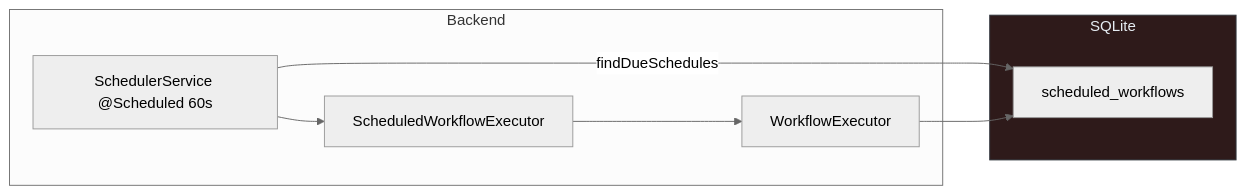
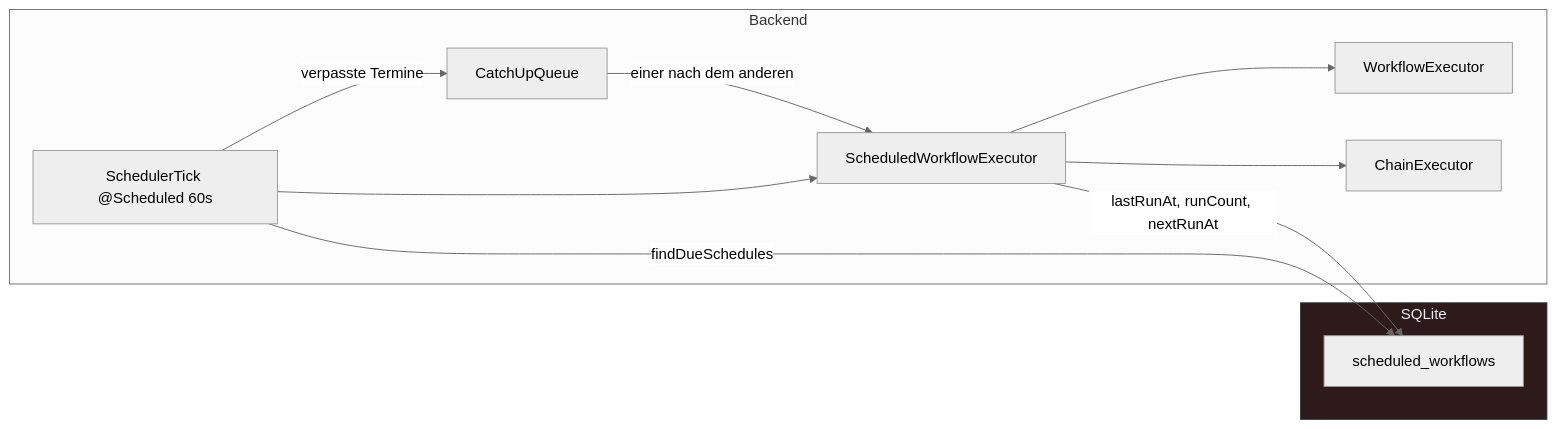
One commit to FLSEST/MySuricates changed the first of 3 diagrams in docs/scheduler-diagrams.md. Above: the diagram before and after it, drawn with Mermaid (neutral theme). The commit also changed other lines of this file and 5 other files, not shown here.

First line of the commit message:
docs(diagramme): Scheduler page describes SchedulerTick, DELAYED, conflict and catch-up

````diff
--- a/docs/scheduler-diagrams.md
+++ b/docs/scheduler-diagrams.md
@@ -9,17 +9,22 @@
 ```mermaid
 flowchart LR
     subgraph DB["SQLite"]
         SW["scheduled_workflows"]
     end
     subgraph Backend["Backend"]
-        SCH["SchedulerService @Scheduled 60s"]
+        SCH["SchedulerTick @Scheduled 60s"]
+        CQ["CatchUpQueue"]
         EXE["ScheduledWorkflowExecutor"]
         WE["WorkflowExecutor"]
+        CE["ChainExecutor"]
     end
     SCH -->|findDueSchedules| SW
     SCH --> EXE
+    SCH -->|"verpasste Termine"| CQ
+    CQ -->|"einer nach dem anderen"| EXE
     EXE --> WE
-    WE --> SW
+    EXE --> CE
+    EXE -->|"lastRunAt, runCount, nextRunAt"| SW
 
     style DB fill:#2e1a1a,stroke:#30363d,color:#e6edf3
 ```
````
